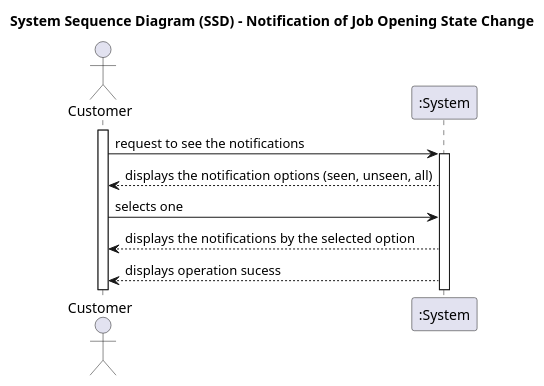
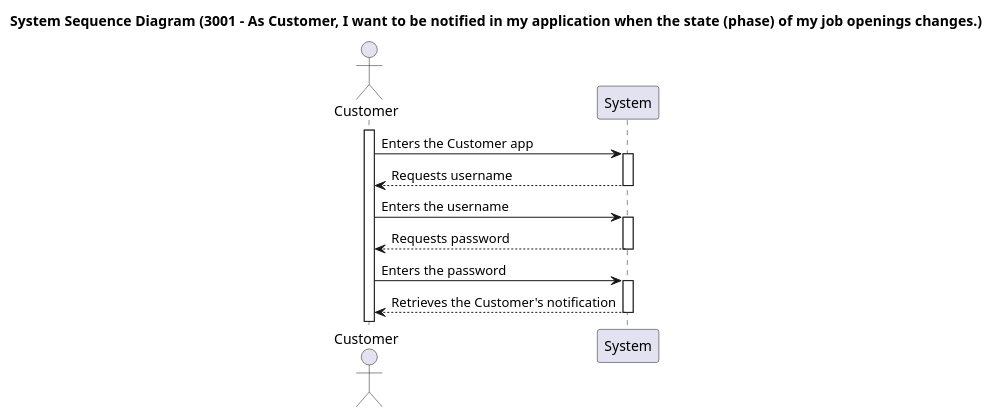
One commit to marcoferreira37/Lapr4 changed the diagram in docs/sprintC/3003/puml/3003-system-sequence-diagram.puml. Above: the diagram before and after it, drawn with PlantUML. The commit also changed 2 other files, not shown here.

Commit message:
#52 [US3003] Update of the SSD, UCD and README

```diff
--- a/docs/sprintC/3003/puml/3003-system-sequence-diagram.puml
+++ b/docs/sprintC/3003/puml/3003-system-sequence-diagram.puml
@@ -1,21 +1,26 @@
 @startuml
-title System Sequence Diagram (SSD) - Notification of Job Opening State Change
+title System Sequence Diagram (3001 - As Customer, I want to be notified in my application when the state (phase) of my job openings changes.)
 
-actor "Customer" as Customer
-participant ":System" as System
+actor Customer as Customer
+participant System as "System"
 
 activate Customer
 
-Customer -> System : request to see the notifications
-
+Customer -> System: Enters the Customer app
 activate System
 
-System --> Customer: displays the notification options (seen, unseen, all)
+System --> Customer: Requests username
+deactivate System
 
-Customer -> System: selects one
+Customer -> System: Enters the username
+activate System
 
-System --> Customer: displays the notifications by the selected option
+System --> Customer: Requests password
+deactivate System
+Customer->System: Enters the password
+activate System
 
-System --> Customer: displays operation sucess
+System --> Customer: Retrieves the Customer's notification
+deactivate System
 
 @enduml
```
